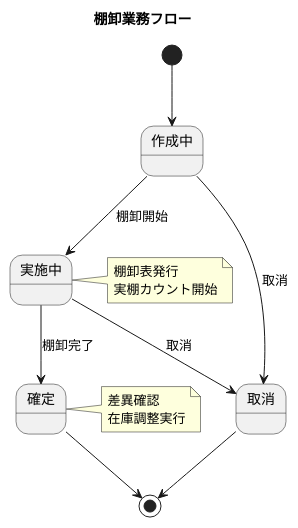
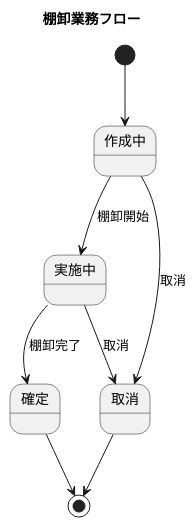
Before and after one commit to k2works/practical-database-design: the sixth of 10 diagrams in docs/article/part2/chapter09.md, drawn with PlantUML. The commit also changed other lines of this file and 4 other files, not shown here.

````diff
--- a/docs/article/part2/chapter09.md
+++ b/docs/article/part2/chapter09.md
@@ -890,22 +879,20 @@
 ```plantuml
 @startuml
 
 title 棚卸業務フロー
 
 [*] --> 作成中
 
 作成中 --> 実施中 : 棚卸開始
-note right: 棚卸表発行\n実棚カウント開始
 
 実施中 --> 確定 : 棚卸完了
-note right: 差異確認\n在庫調整実行
 
 確定 --> [*]
 
 作成中 --> 取消 : 取消
 実施中 --> 取消 : 取消
 
 取消 --> [*]
 
 @enduml
 ```
````
